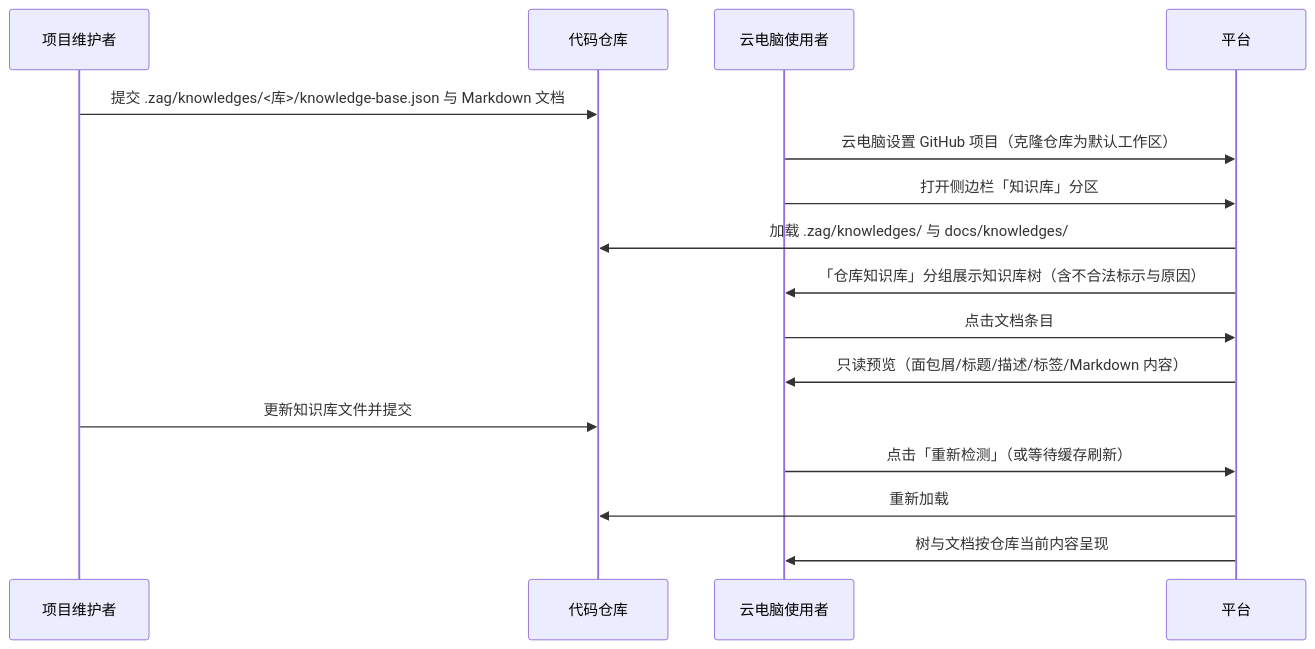
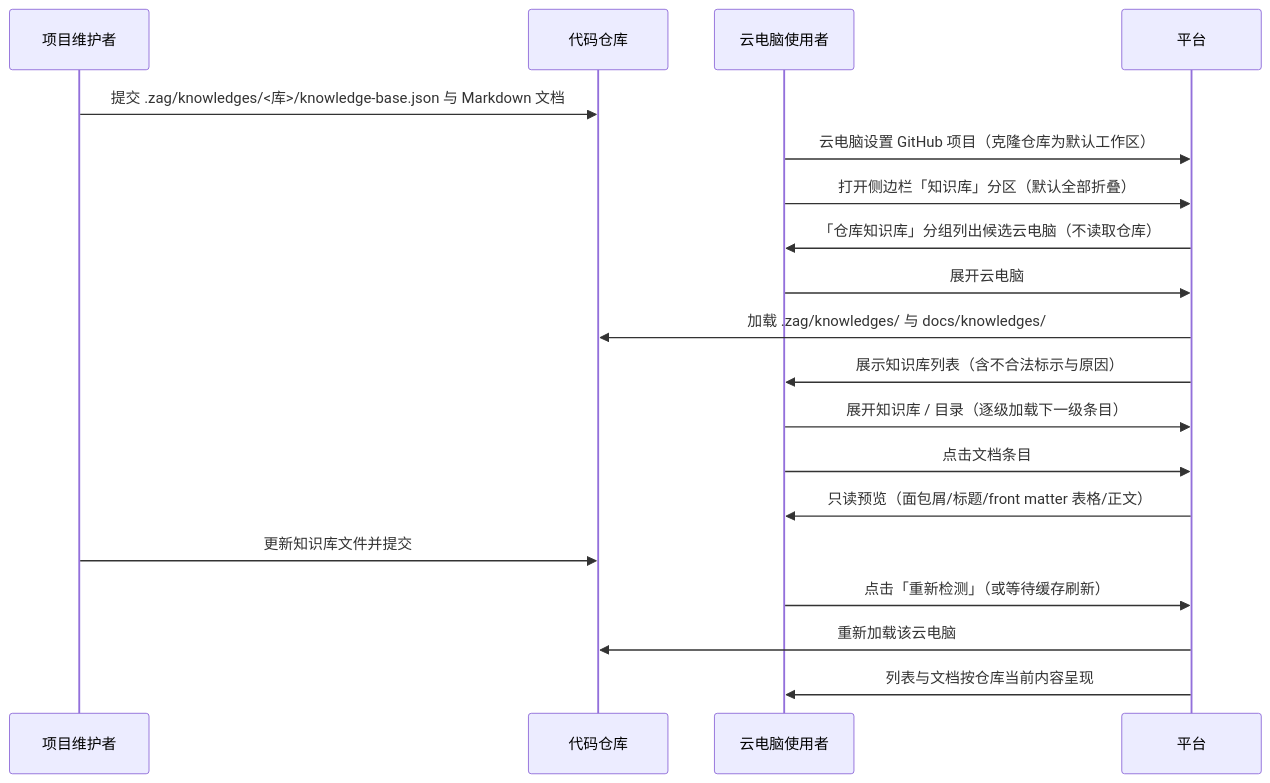
Before and after one commit to Deliay/z-agent-gear: the first of 2 diagrams in docs/product/draft/20261116-knowledge-base-repo-built-in.md, drawn with Mermaid. The commit also changed other lines of this file and 3 other files, not shown here.

````diff
--- a/docs/product/draft/20261116-knowledge-base-repo-built-in.md
+++ b/docs/product/draft/20261116-knowledge-base-repo-built-in.md
@@ -105,19 +134,22 @@
 ```mermaid
 sequenceDiagram
     participant M as 项目维护者
     participant R as 代码仓库
     participant U as 云电脑使用者
     participant P as 平台
 
     M->>R: 提交 .zag/knowledges/<库>/knowledge-base.json 与 Markdown 文档
     U->>P: 云电脑设置 GitHub 项目（克隆仓库为默认工作区）
-    U->>P: 打开侧边栏「知识库」分区
+    U->>P: 打开侧边栏「知识库」分区（默认全部折叠）
+    P->>U: 「仓库知识库」分组列出候选云电脑（不读取仓库）
+    U->>P: 展开云电脑
     P->>R: 加载 .zag/knowledges/ 与 docs/knowledges/
-    P->>U: 「仓库知识库」分组展示知识库树（含不合法标示与原因）
+    P->>U: 展示知识库列表（含不合法标示与原因）
+    U->>P: 展开知识库 / 目录（逐级加载下一级条目）
     U->>P: 点击文档条目
-    P->>U: 只读预览（面包屑/标题/描述/标签/Markdown 内容）
+    P->>U: 只读预览（面包屑/标题/front matter 表格/正文）
     M->>R: 更新知识库文件并提交
     U->>P: 点击「重新检测」（或等待缓存刷新）
-    P->>R: 重新加载
-    P->>U: 树与文档按仓库当前内容呈现
+    P->>R: 重新加载该云电脑
+    P->>U: 列表与文档按仓库当前内容呈现
 ```
````
